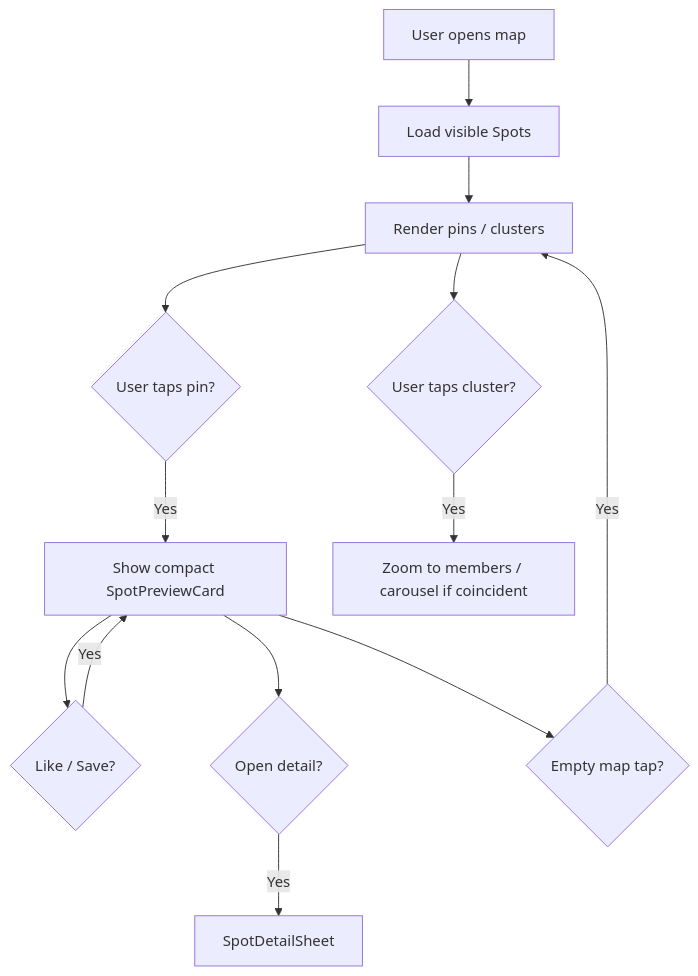
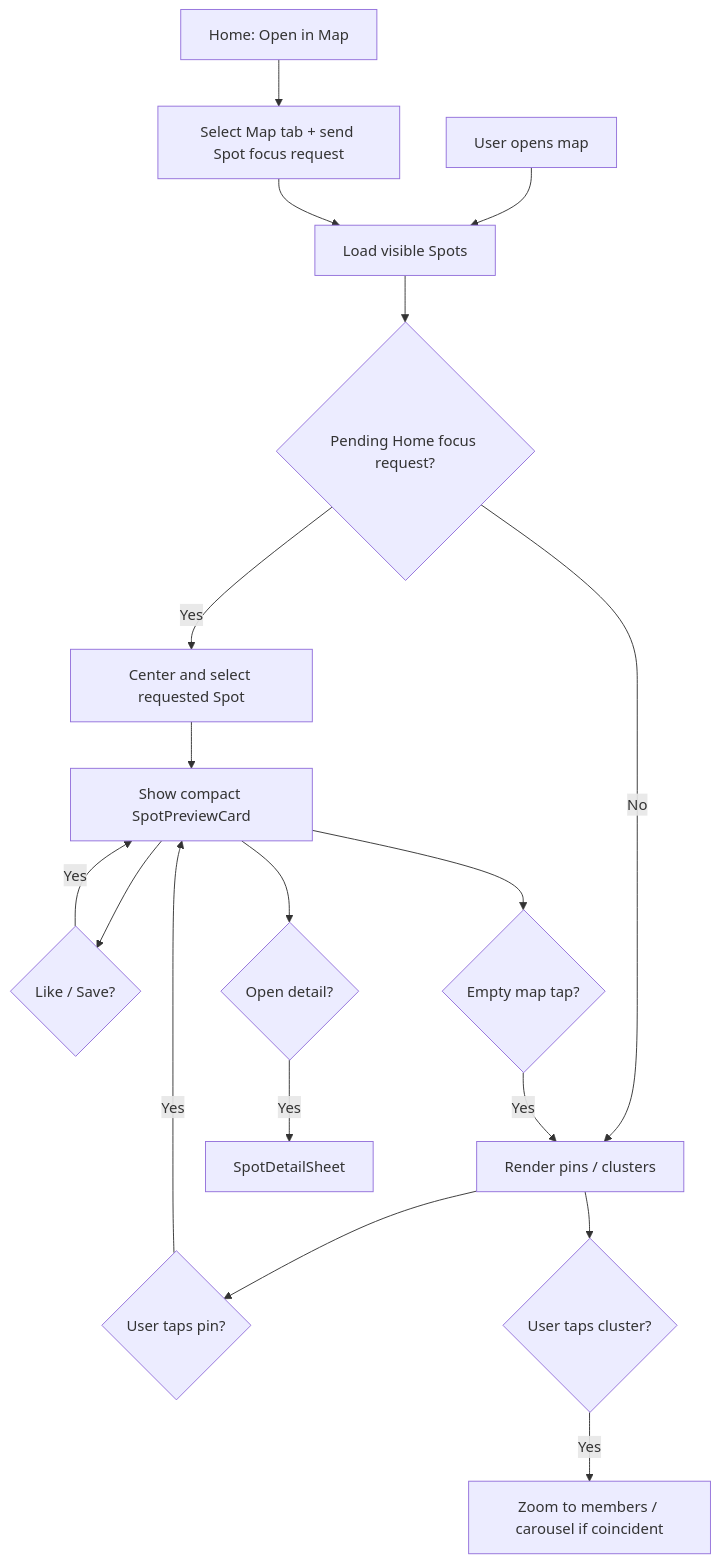
One commit to Ewynman/spot changed the diagram in docs/product/map-experience.md. Above: the diagram before and after it, drawn with Mermaid. The commit also changed other lines of this file and 33 other files, not shown here.

````diff
--- a/docs/product/map-experience.md
+++ b/docs/product/map-experience.md
@@ -67,15 +69,21 @@
 ```mermaid
 flowchart TD
   A[User opens map] --> B[Load visible Spots]
-  B --> C[Render pins / clusters]
+  A2[Home: Open in Map] --> A3[Select Map tab + send Spot focus request]
+  A3 --> B
+  B --> B2{Pending Home focus request?}
+  B2 -->|Yes| B3[Center and select requested Spot]
+  B3 --> E
+  B2 -->|No| C
+  C[Render pins / clusters]
   C --> D{User taps pin?}
   D -->|Yes| E[Show compact SpotPreviewCard]
   E --> F{Like / Save?}
   F -->|Yes| E
   E --> G{Open detail?}
   G -->|Yes| H[SpotDetailSheet]
   E --> I{Empty map tap?}
   I -->|Yes| C
   C --> J{User taps cluster?}
   J -->|Yes| K[Zoom to members / carousel if coincident]
 ```
````
